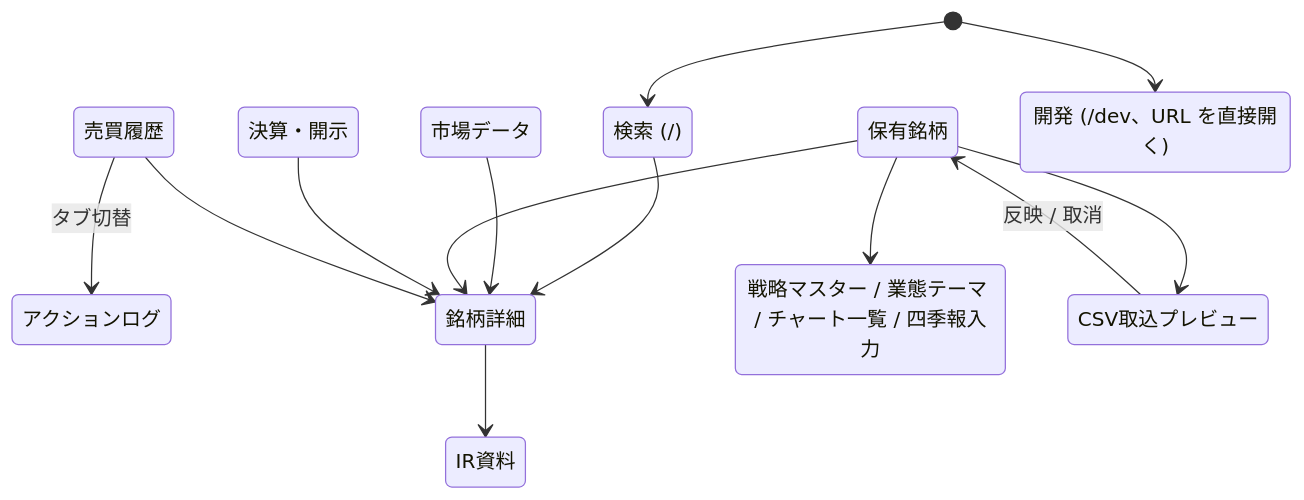
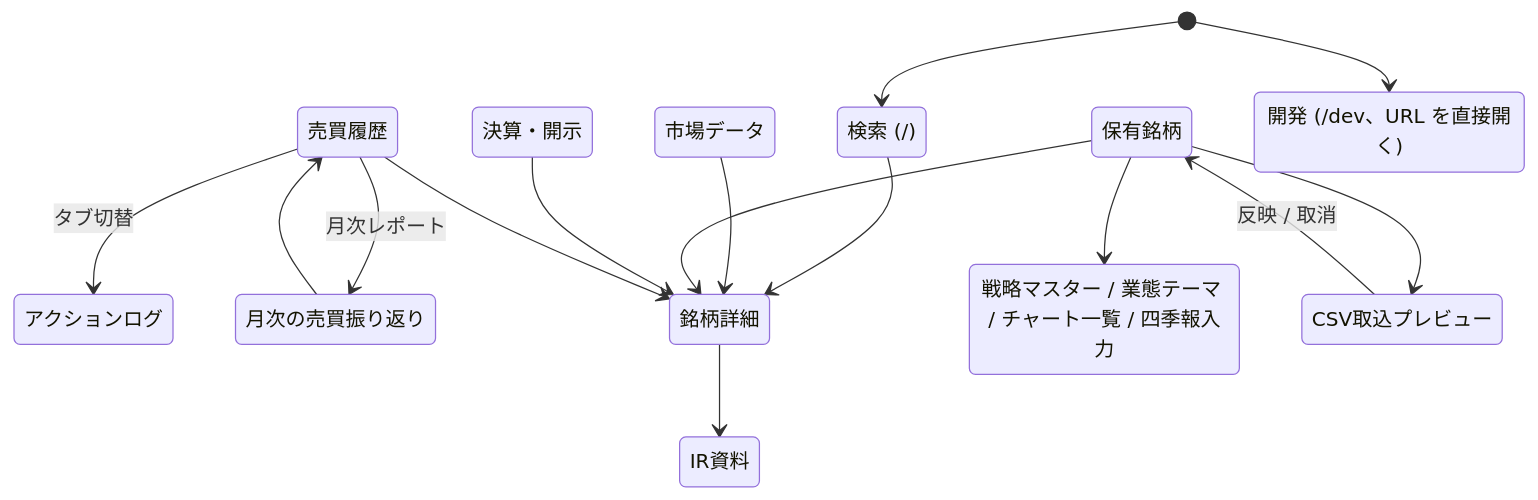
One commit to nasumiso/KSKInvestSystem changed the diagram in doc/アーキテクチャ.md. Above: the diagram before and after it, drawn with Mermaid. The commit also changed other lines of this file and 4 other files, not shown here.

````diff
--- a/doc/アーキテクチャ.md
+++ b/doc/アーキテクチャ.md
@@ -140,27 +140,30 @@
 ```mermaid
 stateDiagram-v2
     state "検索 (/)" as search
     state "市場データ" as market
     state "保有銘柄" as portfolio
     state "決算・開示" as disclosure
     state "売買履歴" as history
     state "アクションログ" as actionlog
+    state "月次の売買振り返り" as reviews
     state "銘柄詳細" as detail
     state "IR資料" as irdocs
     state "戦略マスター / 業態テーマ / チャート一覧 / 四季報入力" as pfsub
     state "CSV取込プレビュー" as csvimport
     state "開発 (/dev、URL を直接開く)" as dev
 
     [*] --> search
     search --> detail
     market --> detail
     portfolio --> detail
     disclosure --> detail
     history --> detail
     portfolio --> pfsub
     portfolio --> csvimport
     csvimport --> portfolio: 反映 / 取消
     history --> actionlog: タブ切替
+    history --> reviews: 月次レポート
+    reviews --> history
     detail --> irdocs
     [*] --> dev
 ```
````
